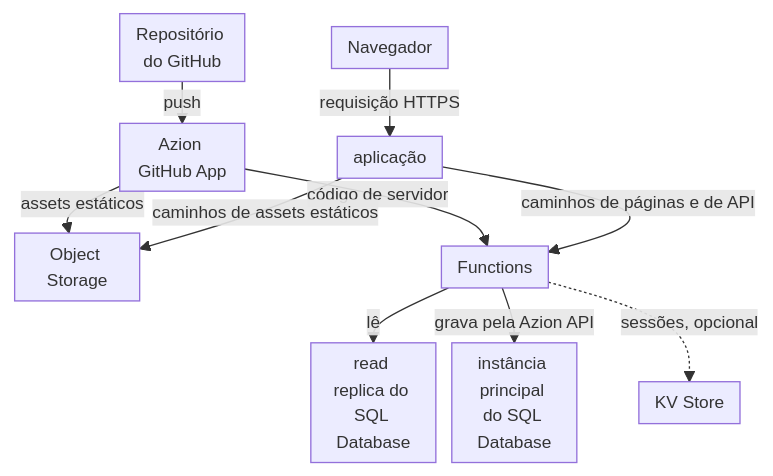
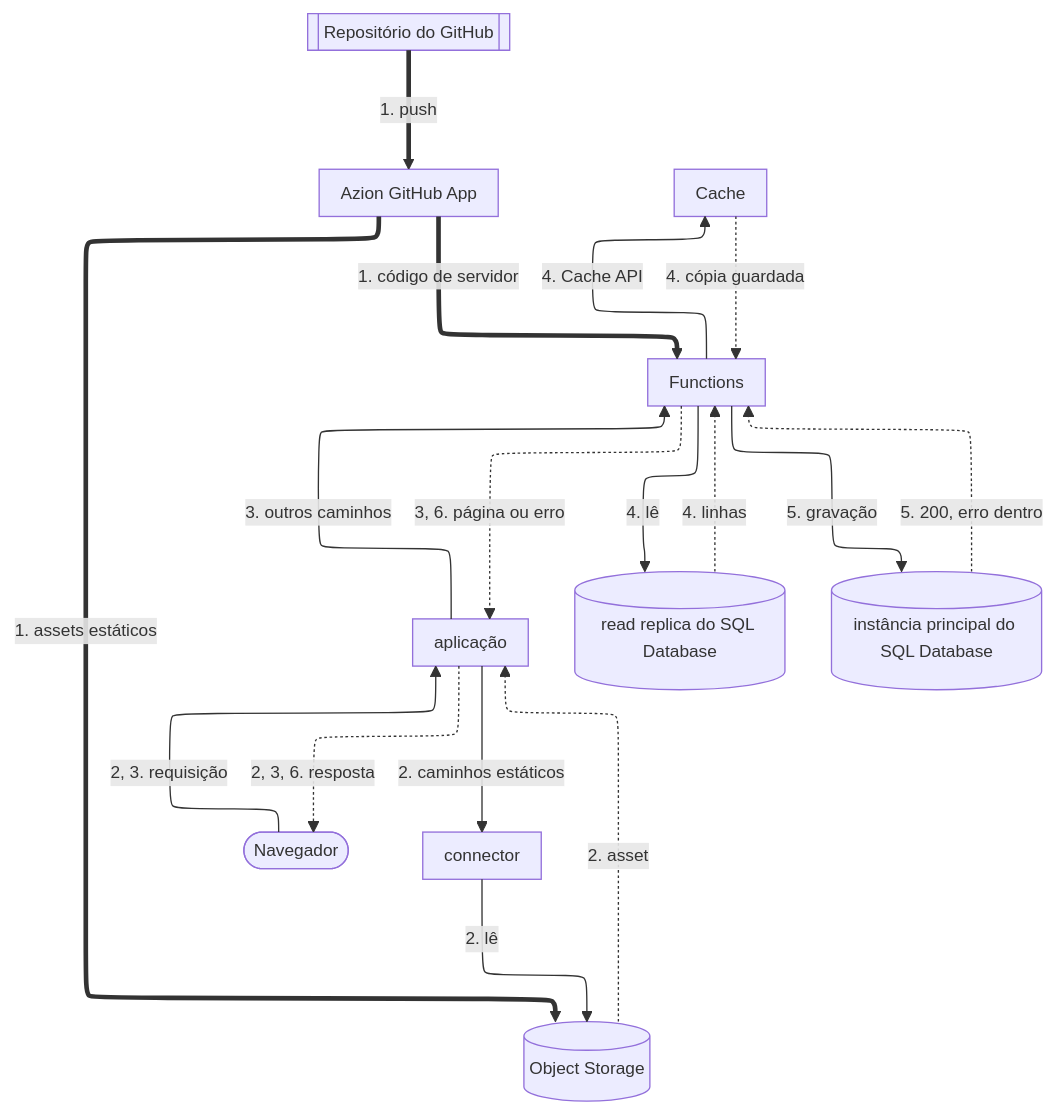
One commit to aziontech/docs changed the diagram in apps/docs/src/content/docs/pt-br/pages/arquiteturas/edge-native/edge-native-apps.mdx. Above: the diagram before and after it, drawn with Mermaid. The commit also changed other lines of this file and 179 other files, not shown here.

Commit message:
docs(diagrams): redraw every other diagram in the use-case diagram style (#2513)

````diff
--- a/apps/docs/src/content/docs/pt-br/pages/arquiteturas/edge-native/edge-native-apps.mdx
+++ b/apps/docs/src/content/docs/pt-br/pages/arquiteturas/edge-native/edge-native-apps.mdx
@@ -18,13 +20,30 @@
 ```mermaid
-%%{init: {"layout": "dagre", "themeVariables": {"fontSize": "13px"}, "flowchart": {"nodeSpacing": 12, "rankSpacing": 12, "padding": 6, "wrappingWidth": 70, "minNodeWidth": 40, "useMaxWidth": true}}}%%
+%%{init: {"layout": "elk", "elk": {"cycleBreakingStrategy": "MODEL_ORDER"}, "themeVariables": {"fontSize": "13px"}, "flowchart": {"nodeSpacing": 24, "rankSpacing": 36, "padding": 8, "wrappingWidth": 150, "useMaxWidth": true}, "sequence": {"width": 120, "actorMargin": 30, "useMaxWidth": true}}}%%
 flowchart TD
-  Repo["Repositório do GitHub"] -->|"push"| GH["Azion GitHub App"]
-  GH -->|"assets estáticos"| Bucket["Object Storage"]
-  GH -->|"código de servidor"| Fn["Functions"]
-  User["Navegador"] -->|"requisição HTTPS"| App["aplicação"]
-  App -->|"caminhos de assets estáticos"| Bucket
-  App -->|"caminhos de páginas e de API"| Fn
-  Fn -->|"lê"| Replica["read replica do SQL Database"]
-  Fn -->|"grava pela Azion API"| Main["instância principal do SQL Database"]
-  Fn -.->|"sessões, opcional"| KV["KV Store"]
+  User(["Navegador"])
+  Repo[["Repositório do GitHub"]]
+  GH["Azion GitHub App"]
+  App["aplicação"]
+  Conn["connector"]
+  Bucket[("Object Storage")]
+  Fn["Functions"]
+  Cache["Cache"]
+  Replica[("read replica do SQL Database")]
+  Main[("instância principal do SQL Database")]
+  User -->|"2, 3. requisição"| App
+  App -->|"2. caminhos estáticos"| Conn
+  Conn -->|"2. lê"| Bucket
+  App -->|"3. outros caminhos"| Fn
+  Fn -->|"4. lê"| Replica
+  Fn -->|"4. Cache API"| Cache
+  Fn -->|"5. gravação"| Main
+  Bucket -.->|"2. asset"| App
+  Replica -.->|"4. linhas"| Fn
+  Cache -.->|"4. cópia guardada"| Fn
+  Main -.->|"5. 200, erro dentro"| Fn
+  Fn -.->|"3, 6. página ou erro"| App
+  App -.->|"2, 3, 6. resposta"| User
+  Repo ==>|"1. push"| GH
+  GH ==>|"1. assets estáticos"| Bucket
+  GH ==>|"1. código de servidor"| Fn
 ```
````
